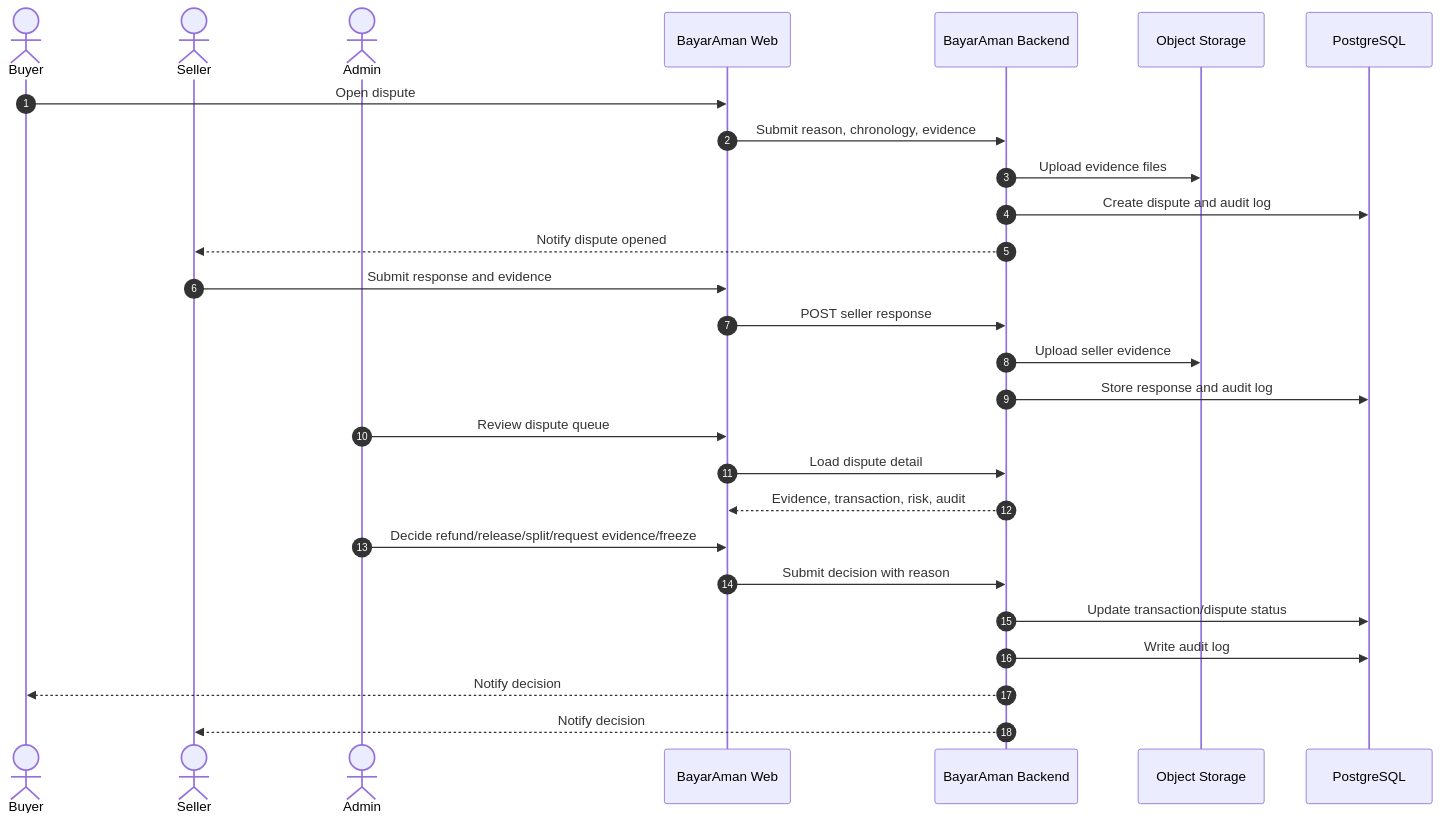
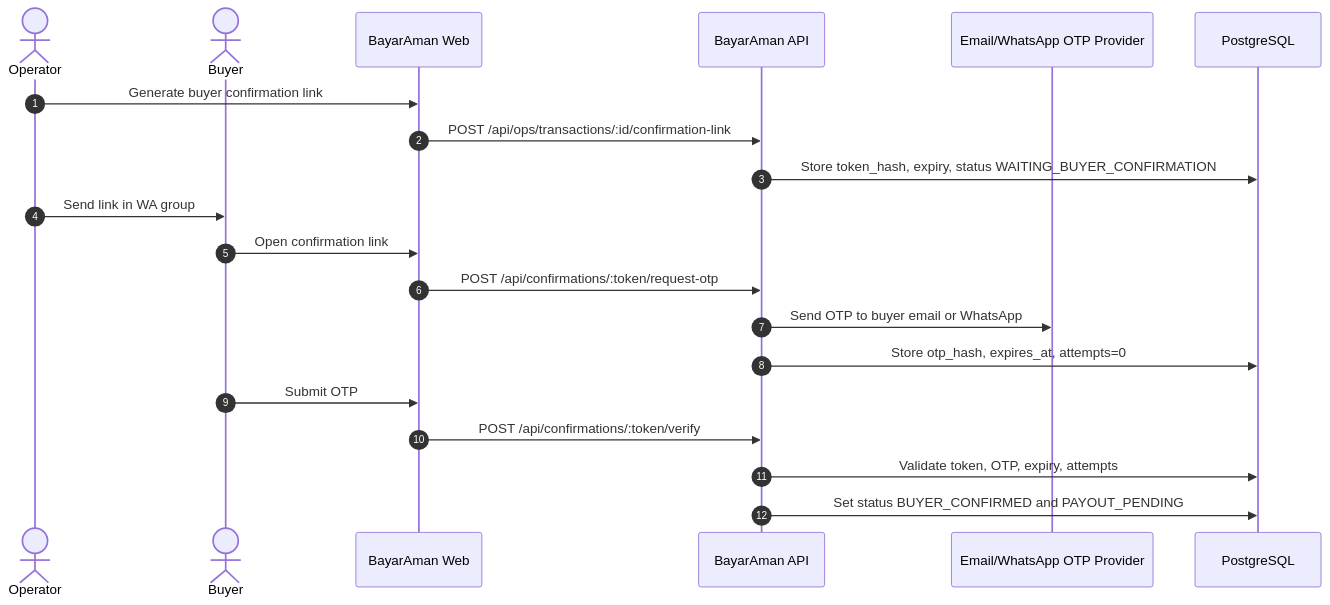
The seventh of 9 diagrams in TRD.md (nunutech40/bayaraman), drawn with Mermaid before and after one commit. The commit also changed other lines of this file and 7 other files, not shown here.

Commit message:
Update manual rekber flow prototype

````diff
--- a/TRD.md
+++ b/TRD.md
@@ -150,30 +196,23 @@
 ```mermaid
 sequenceDiagram
   autonumber
+  actor Operator
   actor Buyer
-  actor Seller
-  actor Admin
   participant Web as BayarAman Web
-  participant API as BayarAman Backend
-  participant Store as Object Storage
+  participant API as BayarAman API
+  participant OTP as Email/WhatsApp OTP Provider
   participant DB as PostgreSQL
 
-  Buyer->>Web: Open dispute
-  Web->>API: Submit reason, chronology, evidence
-  API->>Store: Upload evidence files
-  API->>DB: Create dispute and audit log
-  API-->>Seller: Notify dispute opened
-  Seller->>Web: Submit response and evidence
-  Web->>API: POST seller response
-  API->>Store: Upload seller evidence
-  API->>DB: Store response and audit log
-  Admin->>Web: Review dispute queue
-  Web->>API: Load dispute detail
-  API-->>Web: Evidence, transaction, risk, audit
-  Admin->>Web: Decide refund/release/split/request evidence/freeze
-  Web->>API: Submit decision with reason
-  API->>DB: Update transaction/dispute status
-  API->>DB: Write audit log
-  API-->>Buyer: Notify decision
-  API-->>Seller: Notify decision
+  Operator->>Web: Generate buyer confirmation link
+  Web->>API: POST /api/ops/transactions/:id/confirmation-link
+  API->>DB: Store token_hash, expiry, status WAITING_BUYER_CONFIRMATION
+  Operator->>Buyer: Send link in WA group
+  Buyer->>Web: Open confirmation link
+  Web->>API: POST /api/confirmations/:token/request-otp
+  API->>OTP: Send OTP to buyer email or WhatsApp
+  API->>DB: Store otp_hash, expires_at, attempts=0
+  Buyer->>Web: Submit OTP
+  Web->>API: POST /api/confirmations/:token/verify
+  API->>DB: Validate token, OTP, expiry, attempts
+  API->>DB: Set status BUYER_CONFIRMED and PAYOUT_PENDING
 ```
````
